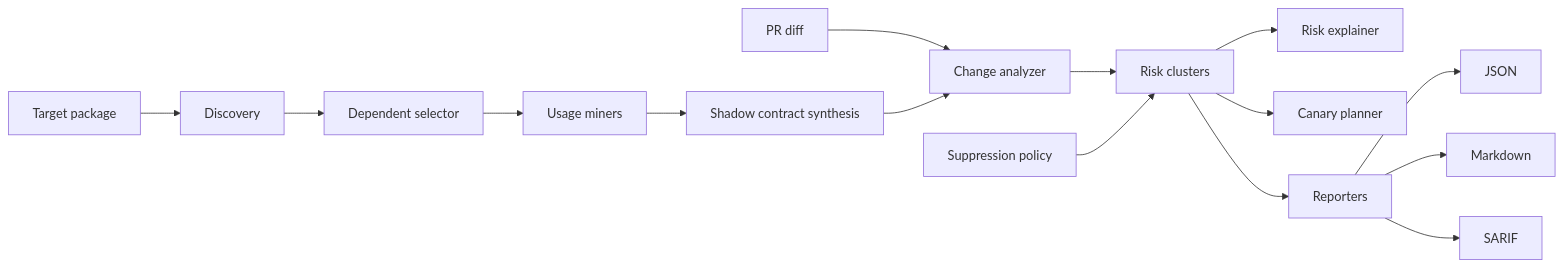
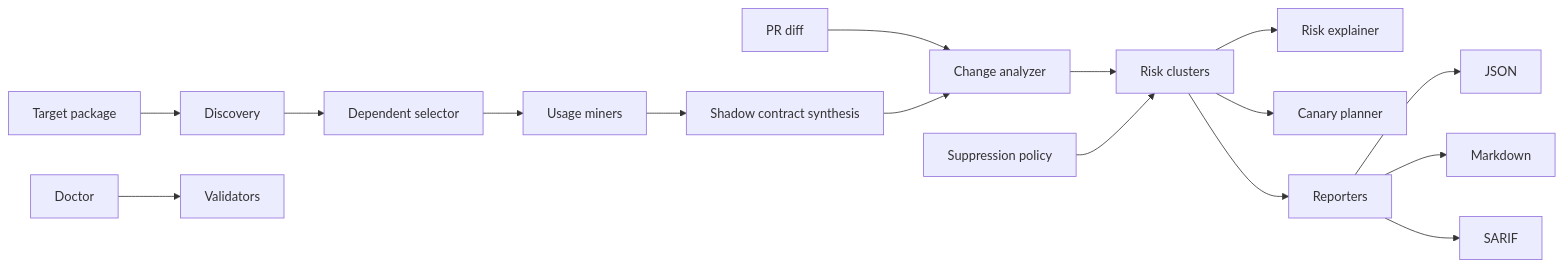
The diagram in docs/reference/architecture.md (BoSuY0/HyrumGuard), drawn with Mermaid before and after one commit. The commit also changed other lines of this file and 8 other files, not shown here.

````diff
--- a/docs/reference/architecture.md
+++ b/docs/reference/architecture.md
@@ -7,17 +7,18 @@
 ```mermaid
 flowchart LR
     A[Target package] --> B[Discovery]
     B --> C[Dependent selector]
     C --> D[Usage miners]
     D --> E[Shadow contract synthesis]
     F[PR diff] --> G[Change analyzer]
     E --> G
     G --> H[Risk clusters]
     K[Suppression policy] --> H
     H --> L[Risk explainer]
     H --> I[Canary planner]
     H --> J[Reporters]
+    M[Doctor] --> N[Validators]
     J --> J1[JSON]
     J --> J2[Markdown]
     J --> J3[SARIF]
 ```
````
